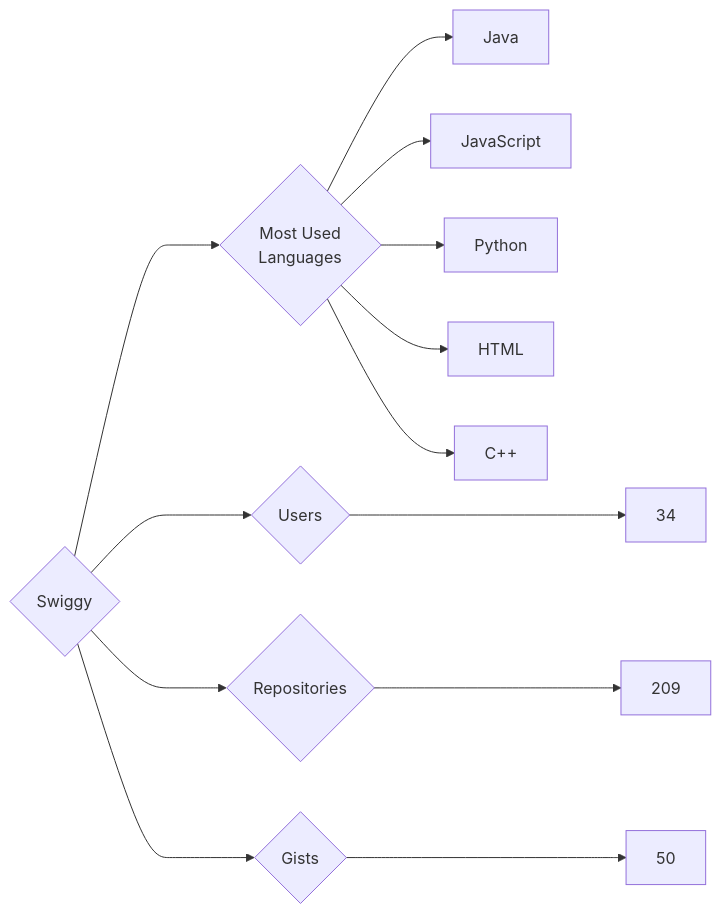
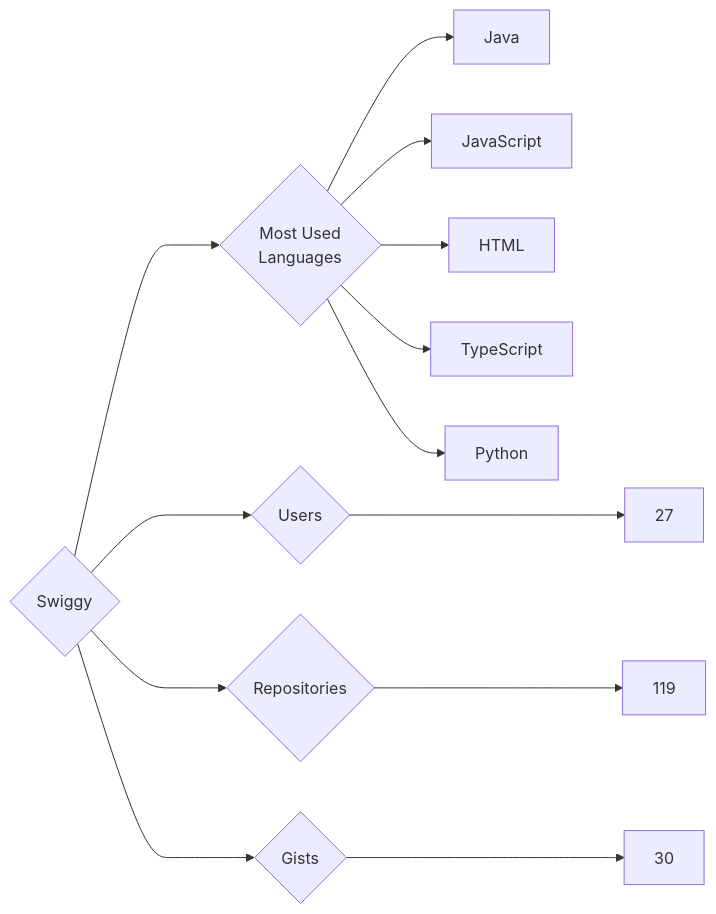
Before and after one commit to trickest/insiders: the diagram in targets/Swiggy/README.md, drawn with Mermaid. The commit also changed 953 other files, not shown here.

````diff
--- a/targets/Swiggy/README.md
+++ b/targets/Swiggy/README.md
@@ -3,13 +3,13 @@
 ```mermaid
 graph LR
 COMPANY_NAME{Swiggy}
-COMPANY_NAME ---> U{Users} ---> UN[34]
-COMPANY_NAME ---> R{Repositories} ---> RN[209]
-COMPANY_NAME ---> G{Gists} ---> GN[50]
+COMPANY_NAME ---> U{Users} ---> UN[27]
+COMPANY_NAME ---> R{Repositories} ---> RN[119]
+COMPANY_NAME ---> G{Gists} ---> GN[30]
 COMPANY_NAME ---> ML{Most Used<br>Languages}
 ML --> Java[Java]
 ML --> JavaScript[JavaScript]
+ML --> HTML[HTML]
+ML --> TypeScript[TypeScript]
 ML --> Python[Python]
-ML --> HTML[HTML]
-ML --> C++[C++]
 ```
````
